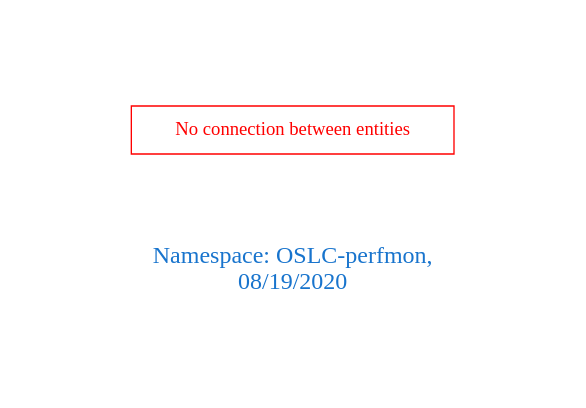
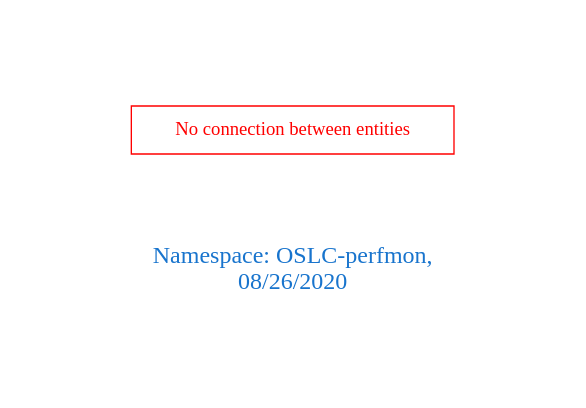
Before and after one commit to arago/OGIT: the diagram in downloads/OSLC-perfmon.dot, drawn with Graphviz. The commit also changed 1814 other files, not shown here.

```diff
--- a/downloads/OSLC-perfmon.dot
+++ b/downloads/OSLC-perfmon.dot
@@ -1,9 +1,9 @@
 digraph OGIT_ontology {
  graph [ rankdir= LR,pad=1 
 fontsize = 18,
-fontcolor= dodgerblue3,label = "\n\n\nNamespace: OSLC-perfmon, \n 08/19/2020"];
+fontcolor= dodgerblue3,label = "\n\n\nNamespace: OSLC-perfmon, \n 08/26/2020"];
 node[shape=polygon];
 edge [  color="gray81"];
 
 "No connection between entities" [fontcolor = "red",color="red", shape="polygon"]
 }
```
